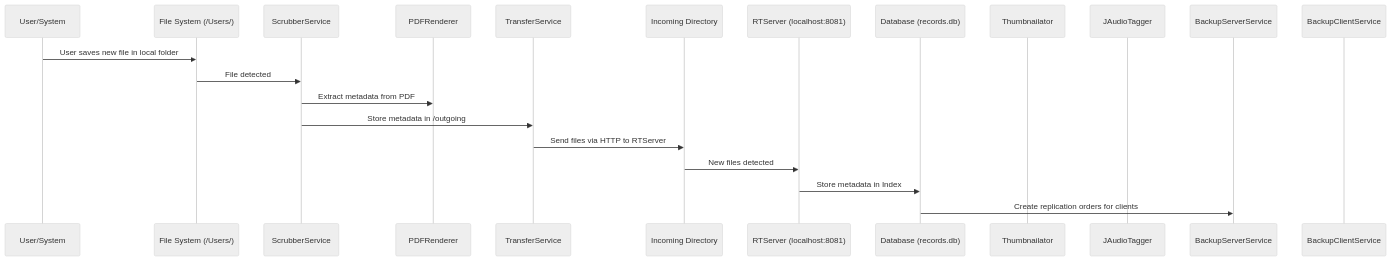
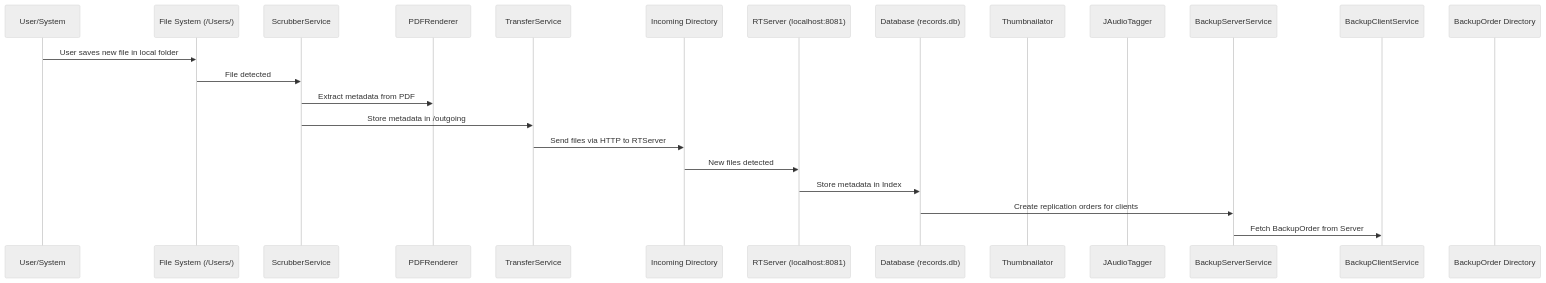
Before and after one commit to sync-different/alt-core-docs: the diagram in Mainflow.md, drawn with Mermaid (neutral theme).

````diff
--- a/Mainflow.md
+++ b/Mainflow.md
@@ -1,25 +1,27 @@
 ```mermaid
 sequenceDiagram
     participant User as User/System
     participant FS as File System (/Users/)
     participant SCS as ScrubberService
     participant PDF as PDFRenderer
     participant TS as TransferService
     participant Incoming as Incoming Directory
     participant RT as RTServer (localhost:8081)
     participant DB as Database (records.db)
     participant Thumb as Thumbnailator
     participant Audio as JAudioTagger
     participant BSS as BackupServerService
     participant BCS as BackupClientService
+    participant BO as BackupOrder Directory
 
     User->>FS: User saves new file in local folder
 	 FS->>SCS: File detected
 	 SCS->>PDF: Extract metadata from PDF
 	 SCS->>TS: Store metadata in /outgoing
 	 TS->>Incoming: Send files via HTTP to RTServer
 	 Incoming->>RT: New files detected
 	 RT->>DB: Store metadata in Index
 	 DB->>BSS: Create replication orders for clients
+	 BSS->>BCS: Fetch BackupOrder from Server 
     
 ```
````
